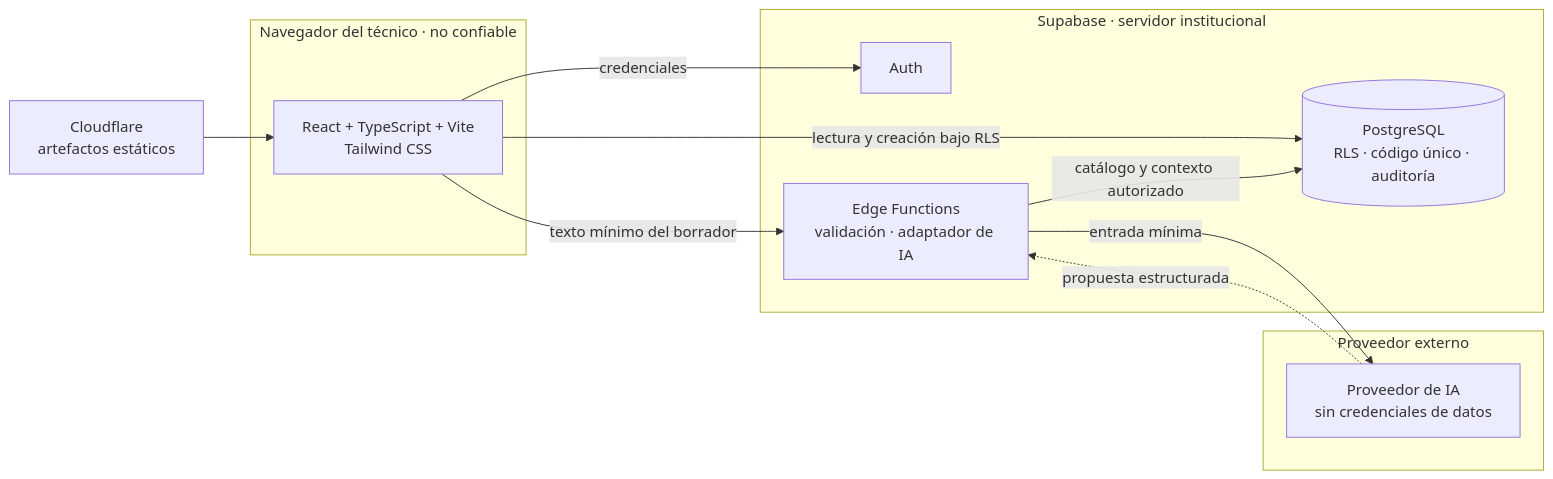
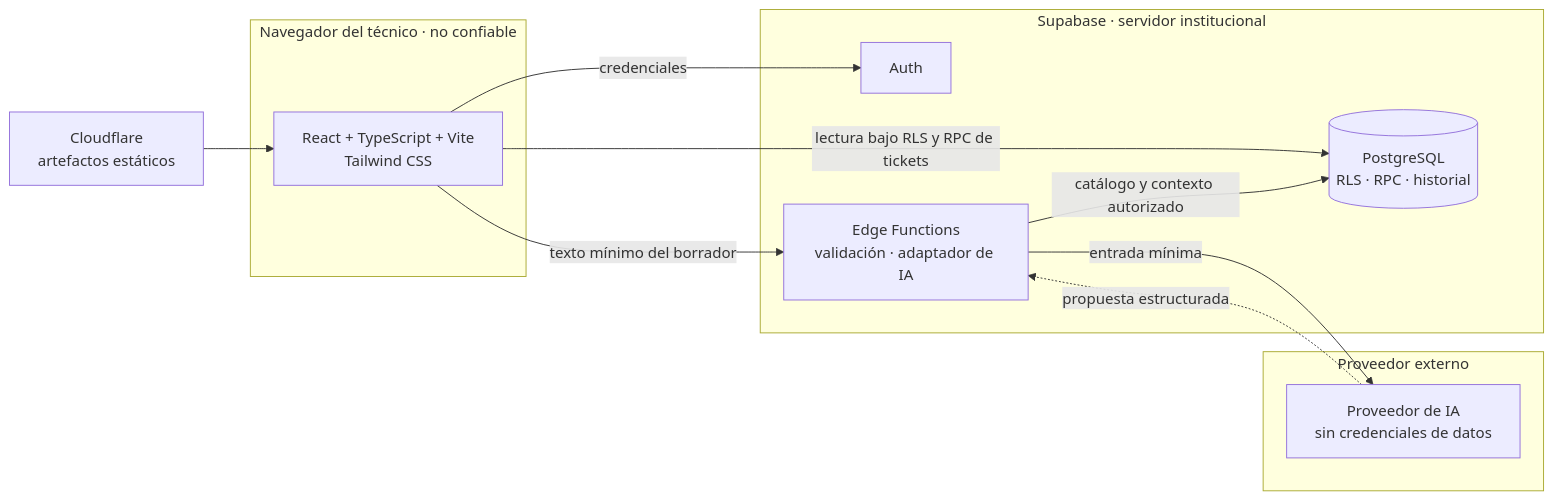
Before and after one commit to amena-otto/ti-smartdesk-ai: the first of 4 diagrams in docs/architecture.md, drawn with Mermaid. The commit also changed other lines of this file and 55 other files, not shown here.

````diff
--- a/docs/architecture.md
+++ b/docs/architecture.md
@@ -25,23 +28,23 @@
 ```mermaid
 flowchart LR
   subgraph Navegador["Navegador del técnico · no confiable"]
     UI["React + TypeScript + Vite<br/>Tailwind CSS"]
   end
   subgraph Supabase["Supabase · servidor institucional"]
     AUTH["Auth"]
-    DB[("PostgreSQL<br/>RLS · código único · auditoría")]
+    DB[("PostgreSQL<br/>RLS · RPC · historial")]
     EDGE["Edge Functions<br/>validación · adaptador de IA"]
   end
   subgraph Externo["Proveedor externo"]
     LLM["Proveedor de IA<br/>sin credenciales de datos"]
   end
   CF["Cloudflare<br/>artefactos estáticos"]
 
   CF --> UI
   UI -->|"credenciales"| AUTH
-  UI -->|"lectura y creación bajo RLS"| DB
+  UI -->|"lectura bajo RLS y RPC de tickets"| DB
   UI -->|"texto mínimo del borrador"| EDGE
   EDGE -->|"catálogo y contexto autorizado"| DB
   EDGE -->|"entrada mínima"| LLM
   LLM -.->|"propuesta estructurada"| EDGE
 ```
````
